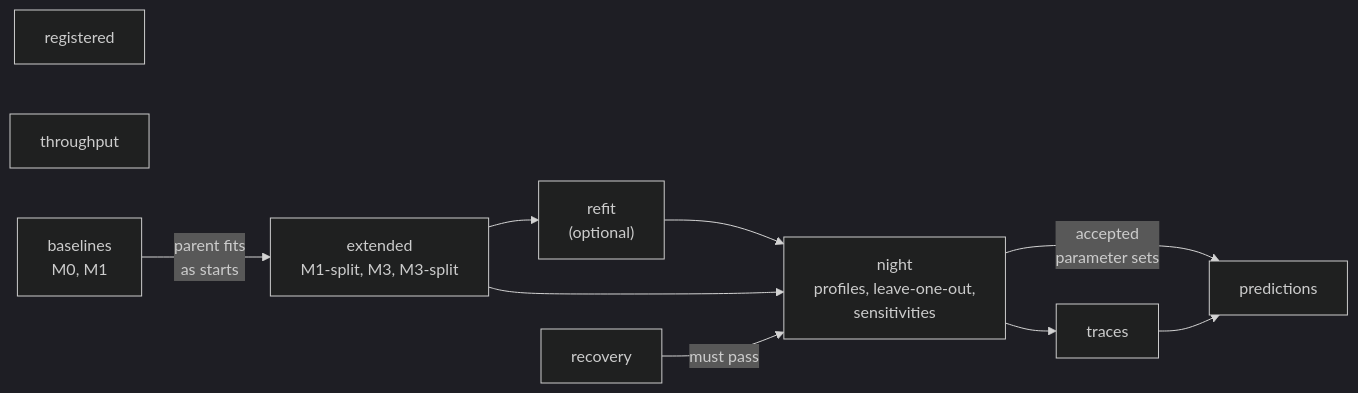
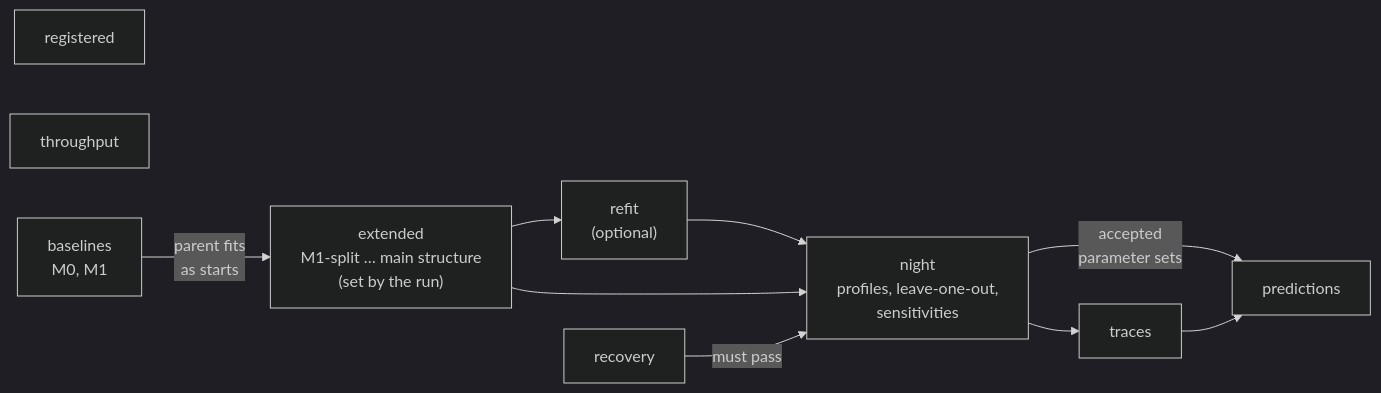
One commit to yralcaraz/atom-to-reactor changed the third of 4 diagrams in docs/reference-fitting_system.md. Above: the diagram before and after it, drawn with Mermaid (dark theme). The commit also changed other lines of this file and 6 other files, not shown here.

````diff
--- a/docs/reference-fitting_system.md
+++ b/docs/reference-fitting_system.md
@@ -176,14 +182,14 @@
 ```mermaid
 flowchart LR
     registered["registered"]
     throughput["throughput"]
     recovery["recovery"]
-    baselines["baselines<br/>M0, M1"] -- "parent fits<br/>as starts" --> extended["extended<br/>M1-split, M3, M3-split"]
+    baselines["baselines<br/>M0, M1"] -- "parent fits<br/>as starts" --> extended["extended<br/>M1-split … main structure<br/>(set by the run)"]
     extended --> refit["refit<br/>(optional)"]
     refit --> night["night<br/>profiles, leave-one-out,<br/>sensitivities"]
     extended --> night
     recovery -- "must pass" --> night
     night --> traces["traces"]
     night -- "accepted<br/>parameter sets" --> predictions["predictions"]
     traces --> predictions
 ```
````
